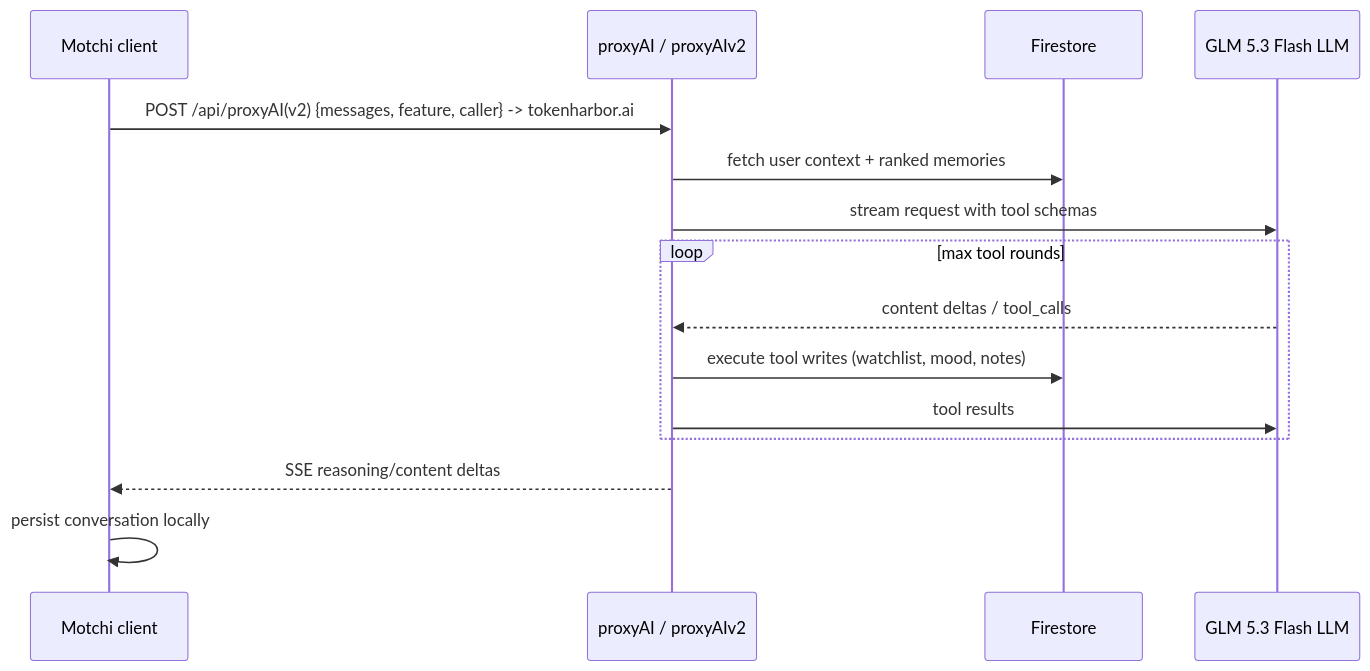
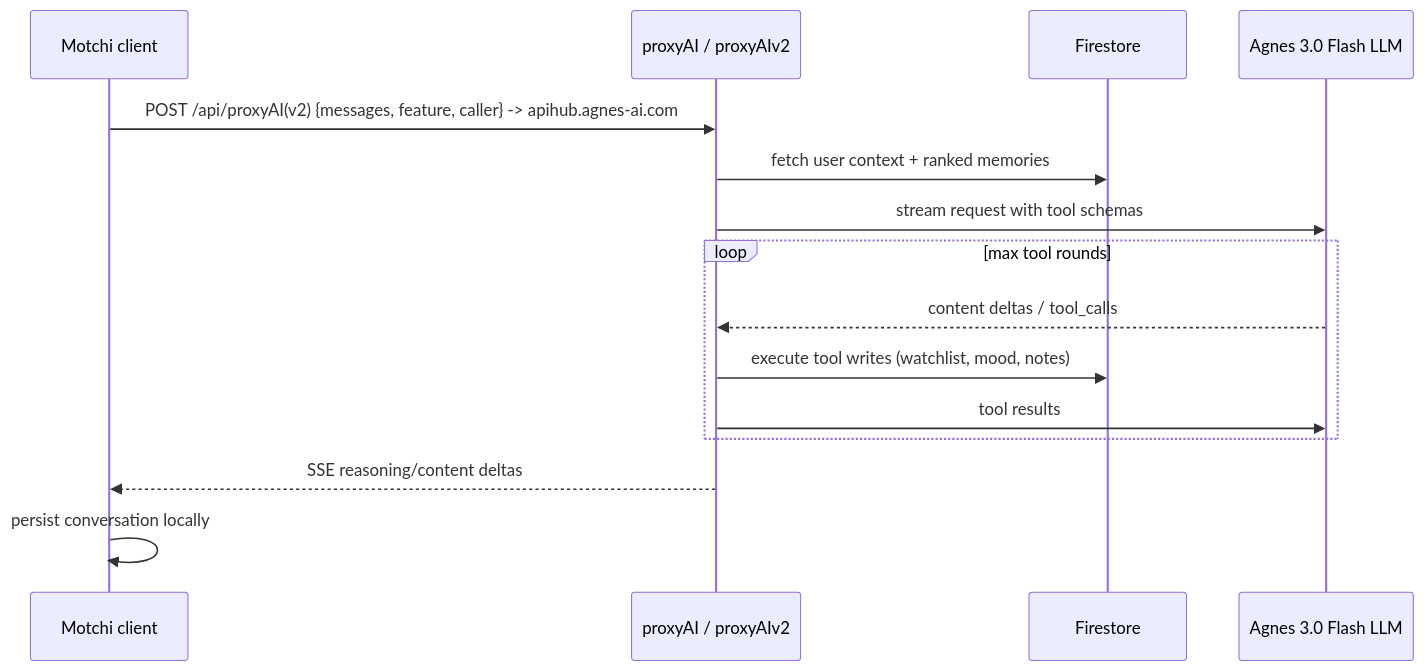
The sixth of 7 diagrams in docs/ARCHITECTURE.md (khentmoba/Everglow), drawn with Mermaid before and after one commit. The commit also changed other lines of this file and 15 other files, not shown here.

Commit message:
fix(motchi): restore Agnes Flash model backend

````diff
--- a/docs/ARCHITECTURE.md
+++ b/docs/ARCHITECTURE.md
@@ -258,18 +258,18 @@
 ```mermaid
 sequenceDiagram
   participant C as Motchi client
   participant F as proxyAI / proxyAIv2
   participant DB as Firestore
-  participant L as GLM 5.3 Flash LLM
+  participant L as Agnes 3.0 Flash LLM
 
-  C->>F: POST /api/proxyAI(v2) {messages, feature, caller} -> tokenharbor.ai
+  C->>F: POST /api/proxyAI(v2) {messages, feature, caller} -> apihub.agnes-ai.com
   F->>DB: fetch user context + ranked memories
   F->>L: stream request with tool schemas
   loop max tool rounds
     L-->>F: content deltas / tool_calls
     F->>DB: execute tool writes (watchlist, mood, notes)
     F->>L: tool results
   end
   F-->>C: SSE reasoning/content deltas
   C->>C: persist conversation locally
 ```
````
